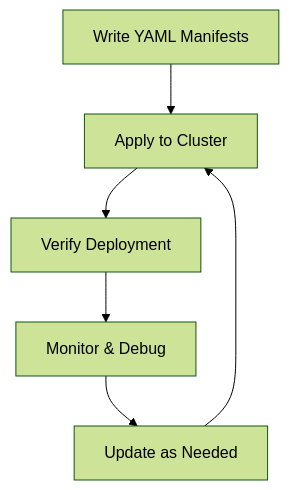
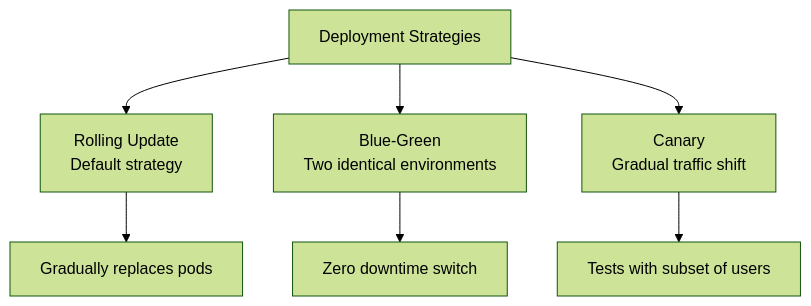
One commit to wahidyankf/oss changed the fourth of 4 diagrams in apps-standalone/ayokoding-web/content/en/learn/crash-courses/swe/stacks/infra/kubernetes/basics.md. Above: the diagram before and after it, drawn with Mermaid (forest theme). The commit also changed other lines of this file and 40 other files, not shown here.

````diff
--- a/apps-standalone/ayokoding-web/content/en/learn/crash-courses/swe/stacks/infra/kubernetes/basics.md
+++ b/apps-standalone/ayokoding-web/content/en/learn/crash-courses/swe/stacks/infra/kubernetes/basics.md
@@ -514,8 +619,10 @@
 ```mermaid
-flowchart TD
-    A[Write YAML Manifests] --> B[Apply to Cluster]
-    B --> C[Verify Deployment]
-    C --> D[Monitor & Debug]
-    D --> E[Update as Needed]
-    E --> B
+graph TD
+    A[Deployment Strategies] --> B[Rolling Update<br>Default strategy]
+    A --> C[Blue-Green<br>Two identical environments]
+    A --> D[Canary<br>Gradual traffic shift]
+
+    B --> B1[Gradually replaces pods]
+    C --> C1[Zero downtime switch]
+    D --> D1[Tests with subset of users]
 ```
````
